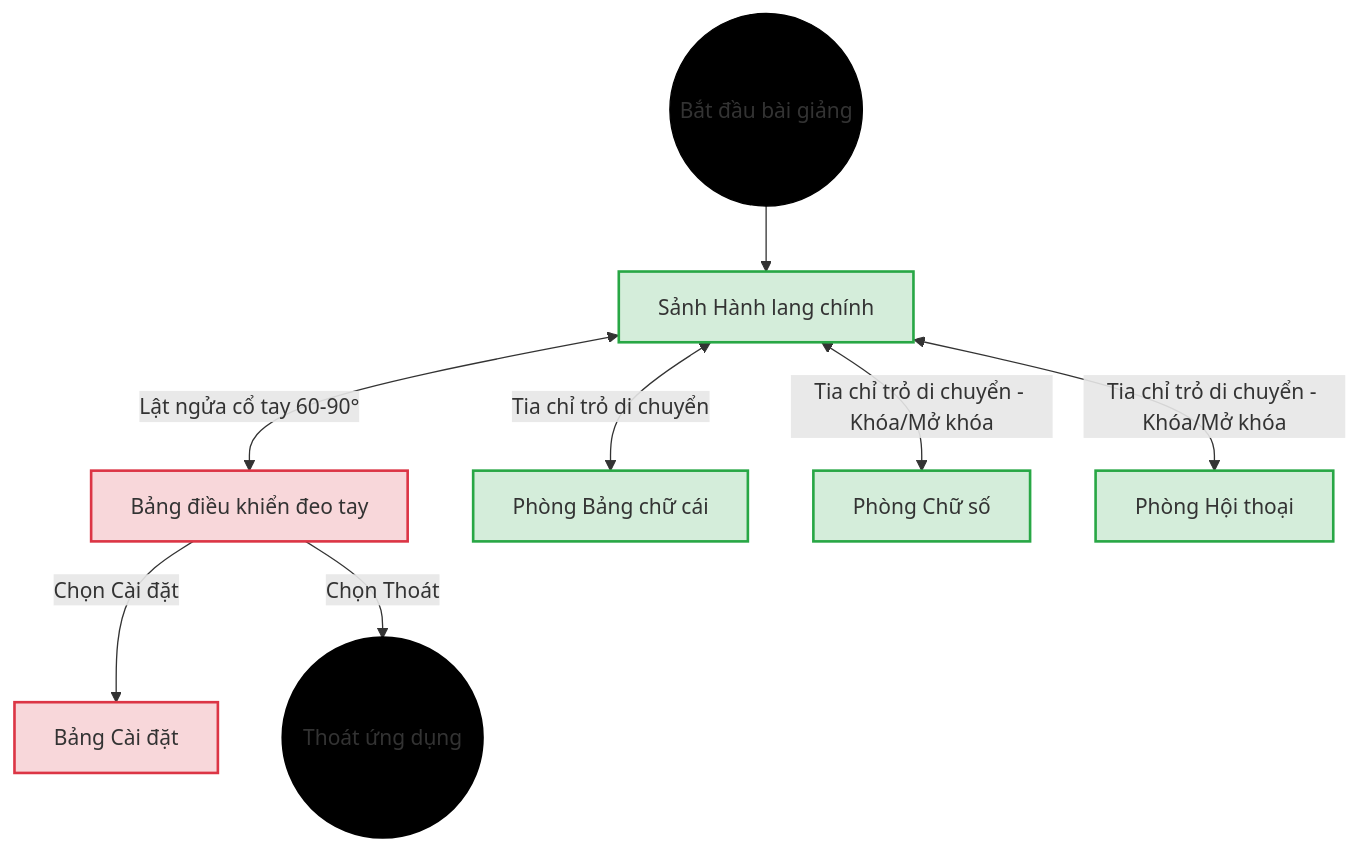
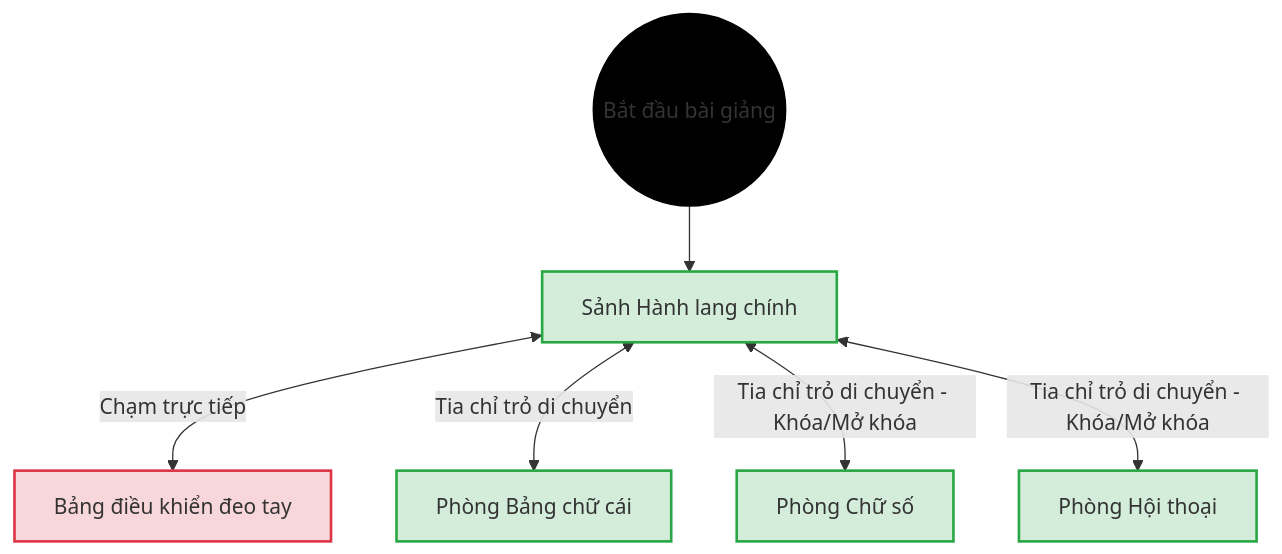
Before and after one commit to MinhTrinh04/ASL: the second of 2 diagrams in docs/DATN/11-Chương_4_Phân_tích_thiết_kế_triển_khai_và_đánh_giá.md, drawn with Mermaid. The commit also changed other lines of this file and 2 other files, not shown here.

````diff
--- a/docs/DATN/11-Chương_4_Phân_tích_thiết_kế_triển_khai_và_đánh_giá.md
+++ b/docs/DATN/11-Chương_4_Phân_tích_thiết_kế_triển_khai_và_đánh_giá.md
@@ -123,22 +131,17 @@
 ```mermaid
 graph TD
     Start((Bắt đầu bài giảng)) --> Lobby[Sảnh Hành lang chính]
-    Lobby <-->|Lật ngửa cổ tay 60-90°| WristMenu[Bảng điều khiển đeo tay]
+    Lobby <-->|Chạm trực tiếp| WristMenu[Bảng điều khiển đeo tay]
     Lobby <-->|Tia chỉ trỏ di chuyển| Classroom1[Phòng Bảng chữ cái]
     Lobby <-->|Tia chỉ trỏ di chuyển - Khóa/Mở khóa| Classroom2[Phòng Chữ số]
     Lobby <-->|Tia chỉ trỏ di chuyển - Khóa/Mở khóa| Classroom3[Phòng Hội thoại]
-    
-    WristMenu -->|Chọn Cài đặt| Settings[Bảng Cài đặt]
-    WristMenu -->|Chọn Thoát| End(((Thoát ứng dụng)))
-    
+
     style Lobby fill:#d4edda,stroke:#28a745,stroke-width:2px;
     style Classroom1 fill:#d4edda,stroke:#28a745,stroke-width:2px;
     style Classroom2 fill:#d4edda,stroke:#28a745,stroke-width:2px;
     style Classroom3 fill:#d4edda,stroke:#28a745,stroke-width:2px;
-    
+
     style WristMenu fill:#f8d7da,stroke:#dc3545,stroke-width:2px;
-    style Settings fill:#f8d7da,stroke:#dc3545,stroke-width:2px;
-    
+
     style Start fill:#000,stroke:#000;
-    style End fill:#000,stroke:#000,stroke-width:3px;
 ```
````
